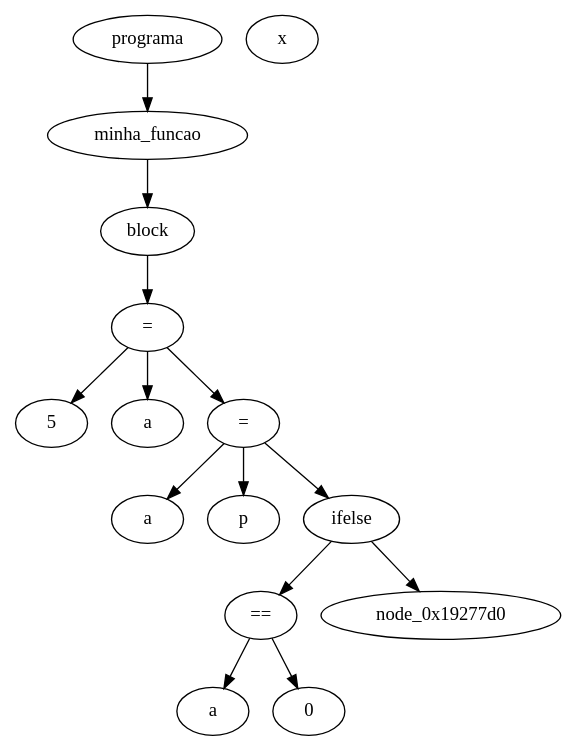
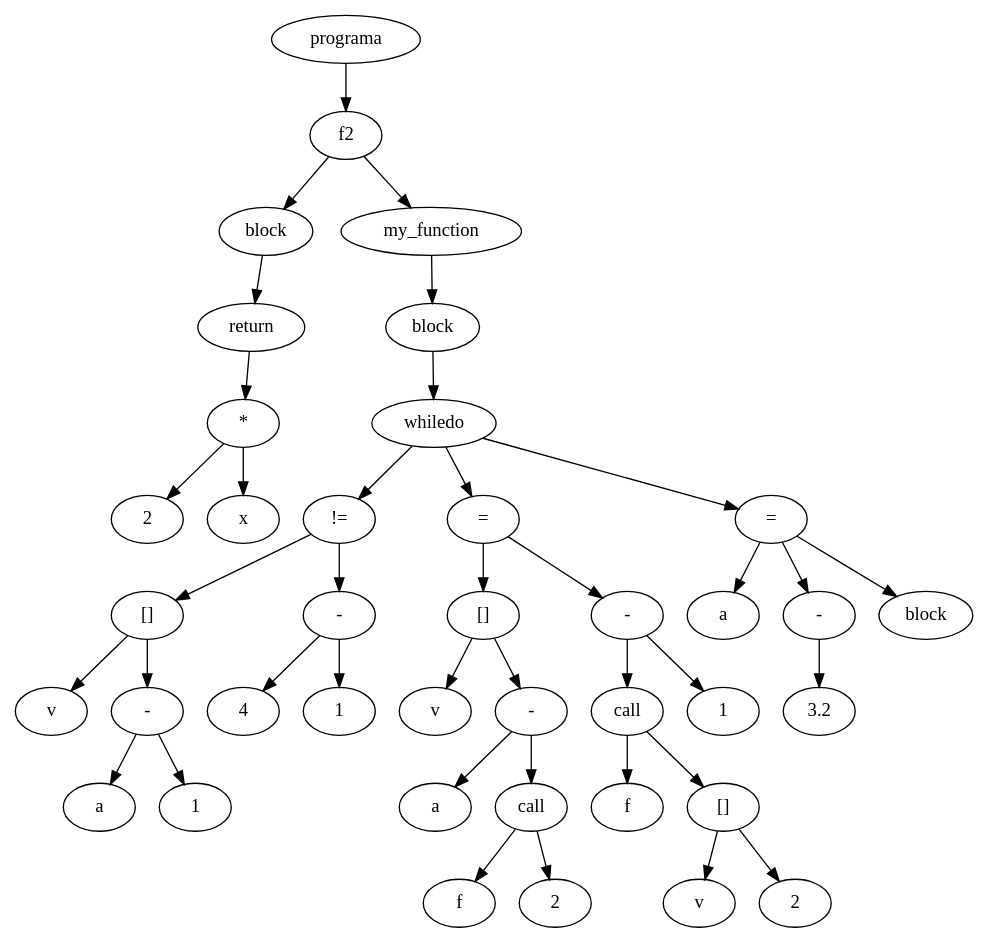
One commit to clemilsondias/TrabalhoCompiladores changed the diagram in build/saida.dot. Above: the diagram before and after it, drawn with Graphviz. The commit also changed 6 other files, not shown here.

```diff
--- a/build/saida.dot
+++ b/build/saida.dot
@@ -1,29 +1,79 @@
 digraph G {
-node_0x1927570 [label="5"]
-node_0x1927590 [label="="]
-node_0x19275c0 [label="a"]
-node_0x1927590 -> node_0x19275c0
-node_0x1927590 -> node_0x1927570
-node_0x1927630 [label="a"]
-node_0x1927650 [label="="]
-node_0x1927680 [label="p"]
-node_0x1927650 -> node_0x1927680
-node_0x1927650 -> node_0x1927630
-node_0x19276a0 [label="a"]
-node_0x1927710 [label="0"]
-node_0x1927730 [label="=="]
-node_0x1927730 -> node_0x19276a0
-node_0x1927730 -> node_0x1927710
-node_0x19277b0 [label="x"]
-node_0x1927800 [label="ifelse"]
-node_0x1927800 -> node_0x1927730
-node_0x1927800 -> node_0x19277d0
-node_0x1927650 -> node_0x1927800
-node_0x1927590 -> node_0x1927650
-node_0x1927840 [label="block"]
-node_0x1927840 -> node_0x1927590
-node_0x1927870 [label="minha_funcao"]
-node_0x1927870 -> node_0x1927840
-node_0x19278a0 [label="programa"]
-node_0x19278a0 -> node_0x1927870
+node_0x1b58520 [label="2"]
+node_0x1b58540 [label="x"]
+node_0x1b58560 [label="*"]
+node_0x1b58560 -> node_0x1b58520
+node_0x1b58560 -> node_0x1b58540
+node_0x1b58590 [label="return"]
+node_0x1b58590 -> node_0x1b58560
+node_0x1b585c0 [label="block"]
+node_0x1b585c0 -> node_0x1b58590
+node_0x1b585f0 [label="f2"]
+node_0x1b585f0 -> node_0x1b585c0
+node_0x1b58670 [label="v"]
+node_0x1b58690 [label="a"]
+node_0x1b58700 [label="1"]
+node_0x1b58720 [label="-"]
+node_0x1b58720 -> node_0x1b58690
+node_0x1b58720 -> node_0x1b58700
+node_0x1b58750 [label="[]"]
+node_0x1b58750 -> node_0x1b58670
+node_0x1b58750 -> node_0x1b58720
+node_0x1b587d0 [label="4"]
+node_0x1b587f0 [label="1"]
+node_0x1b58810 [label="-"]
+node_0x1b58810 -> node_0x1b587d0
+node_0x1b58810 -> node_0x1b587f0
+node_0x1b58840 [label="!="]
+node_0x1b58840 -> node_0x1b58750
+node_0x1b58840 -> node_0x1b58810
+node_0x1b58870 [label="v"]
+node_0x1b58890 [label="[]"]
+node_0x1b588c0 [label="a"]
+node_0x1b58930 [label="f"]
+node_0x1b58950 [label="2"]
+node_0x1b58970 [label="call"]
+node_0x1b58970 -> node_0x1b58930
+node_0x1b58970 -> node_0x1b58950
+node_0x1b589a0 [label="-"]
+node_0x1b589a0 -> node_0x1b588c0
+node_0x1b589a0 -> node_0x1b58970
+node_0x1b589d0 [label="f"]
+node_0x1b589f0 [label="v"]
+node_0x1b58a10 [label="2"]
+node_0x1b58a30 [label="[]"]
+node_0x1b58a30 -> node_0x1b589f0
+node_0x1b58a30 -> node_0x1b58a10
+node_0x1b58a60 [label="call"]
+node_0x1b58a60 -> node_0x1b589d0
+node_0x1b58a60 -> node_0x1b58a30
+node_0x1b58a90 [label="1"]
+node_0x1b58ab0 [label="-"]
+node_0x1b58ab0 -> node_0x1b58a60
+node_0x1b58ab0 -> node_0x1b58a90
+node_0x1b58ae0 [label="="]
+node_0x1b58ae0 -> node_0x1b58890
+node_0x1b58ae0 -> node_0x1b58ab0
+node_0x1b58890 -> node_0x1b58870
+node_0x1b58890 -> node_0x1b589a0
+node_0x1b58b10 [label="whiledo"]
+node_0x1b58b10 -> node_0x1b58840
+node_0x1b58b10 -> node_0x1b58ae0
+node_0x1b58b40 [label="a"]
+node_0x1b58bb0 [label="3.2"]
+node_0x1b58bd0 [label="-"]
+node_0x1b58bd0 -> node_0x1b58bb0
+node_0x1b58c00 [label="="]
+node_0x1b58c00 -> node_0x1b58b40
+node_0x1b58c00 -> node_0x1b58bd0
+node_0x1b58c30 [label="block"]
+node_0x1b58c00 -> node_0x1b58c30
+node_0x1b58b10 -> node_0x1b58c00
+node_0x1b58c60 [label="block"]
+node_0x1b58c60 -> node_0x1b58b10
+node_0x1b58c90 [label="my_function"]
+node_0x1b58c90 -> node_0x1b58c60
+node_0x1b585f0 -> node_0x1b58c90
+node_0x1b58cc0 [label="programa"]
+node_0x1b58cc0 -> node_0x1b585f0
 }
```
